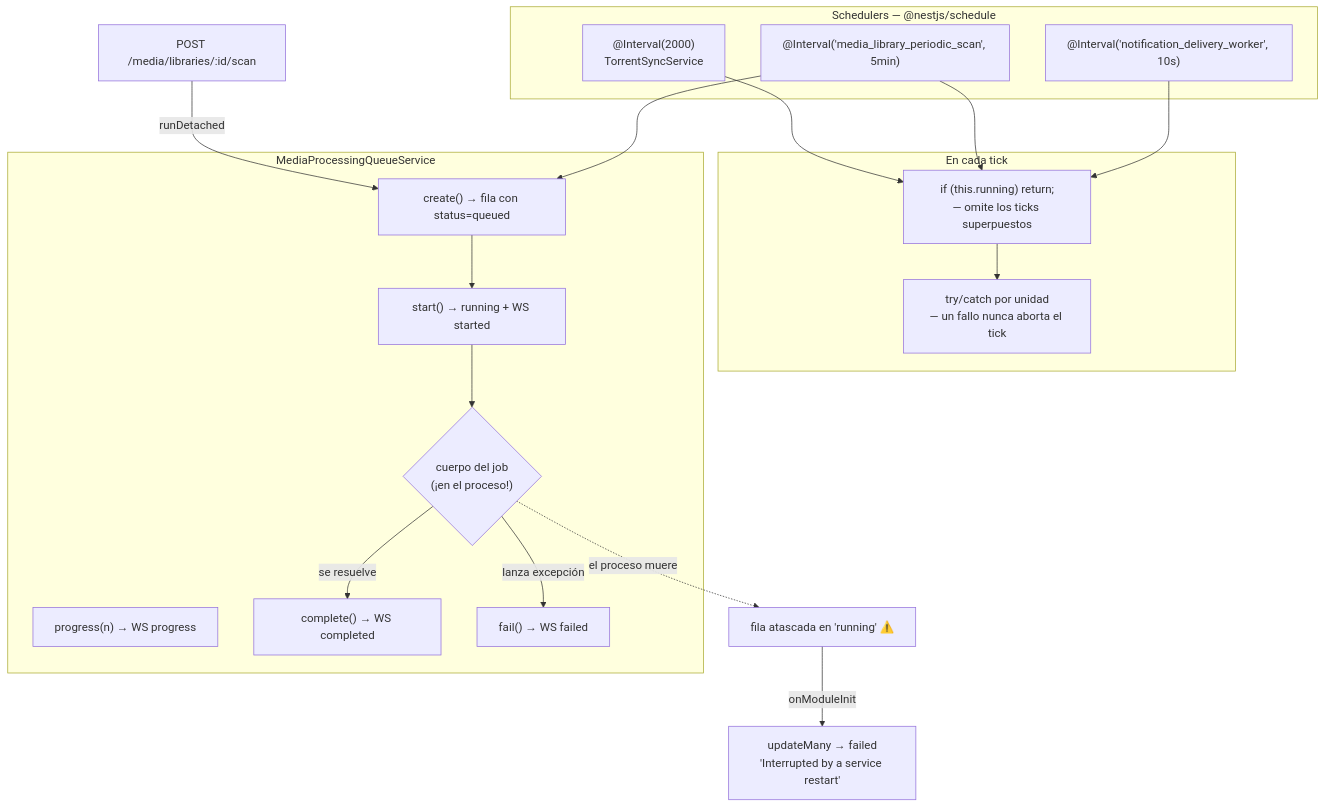
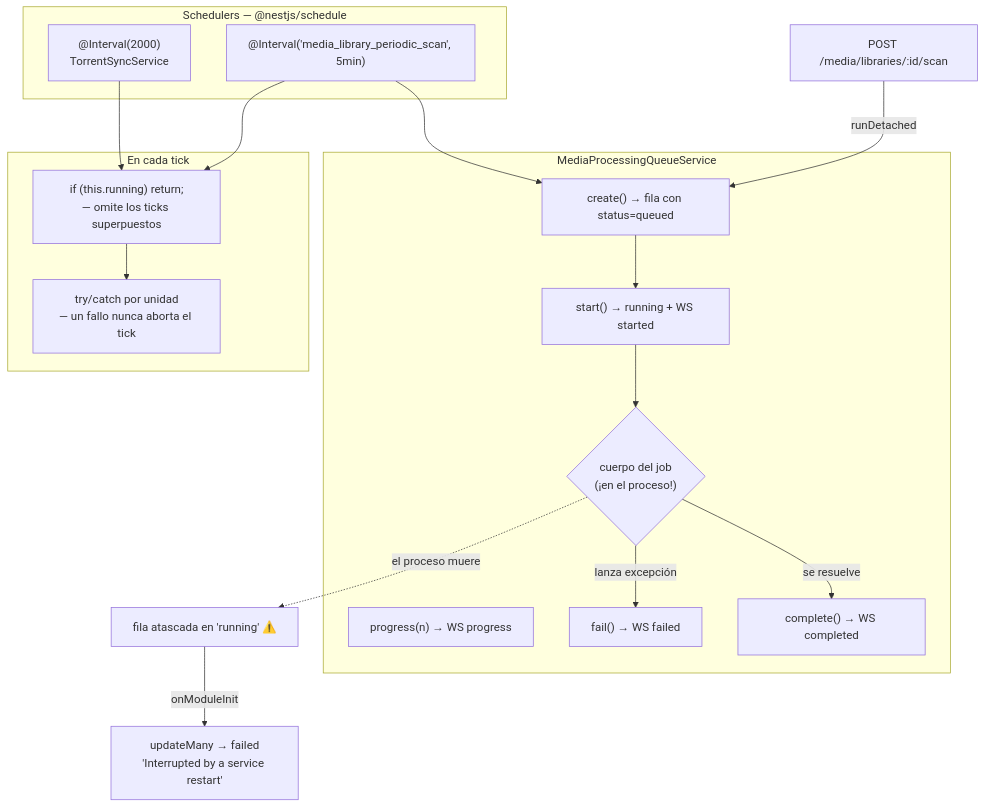
The first of 2 diagrams in website/i18n/es-PR/docusaurus-plugin-content-docs/current/develop/background-jobs.md (damirabal/ultratorrent-core), drawn with Mermaid before and after one commit. The commit also changed other lines of this file and 63 other files, not shown here.

````diff
--- a/website/i18n/es-PR/docusaurus-plugin-content-docs/current/develop/background-jobs.md
+++ b/website/i18n/es-PR/docusaurus-plugin-content-docs/current/develop/background-jobs.md
@@ -296,35 +293,33 @@
 ```mermaid
 flowchart TB
   subgraph Sched["Schedulers — @nestjs/schedule"]
     T1["@Interval(2000)<br/>TorrentSyncService"]
     T2["@Interval('media_library_periodic_scan', 5min)"]
-    T3["@Interval('notification_delivery_worker', 10s)"]
   end
 
   subgraph Guard["En cada tick"]
     G1["if (this.running) return;<br/>— omite los ticks superpuestos"]
     G2["try/catch por unidad<br/>— un fallo nunca aborta el tick"]
   end
 
   subgraph Q["MediaProcessingQueueService"]
     C["create() → fila con status=queued"]
     S["start() → running + WS started"]
     P["progress(n) → WS progress"]
     D{"cuerpo del job<br/>(¡en el proceso!)"}
     OK["complete() → WS completed"]
     NO["fail() → WS failed"]
   end
 
   REST["POST /media/libraries/:id/scan"] -->|"runDetached"| C
   T2 --> C
   C --> S --> D
   D -->|"se resuelve"| OK
   D -->|"lanza excepción"| NO
   D -.->|"el proceso muere"| ORPH["fila atascada en 'running' ⚠️"]
   ORPH -->|"onModuleInit"| REC["updateMany → failed<br/>'Interrupted by a service restart'"]
 
   T1 --> G1
   T2 --> G1
-  T3 --> G1
   G1 --> G2
 ```
````
